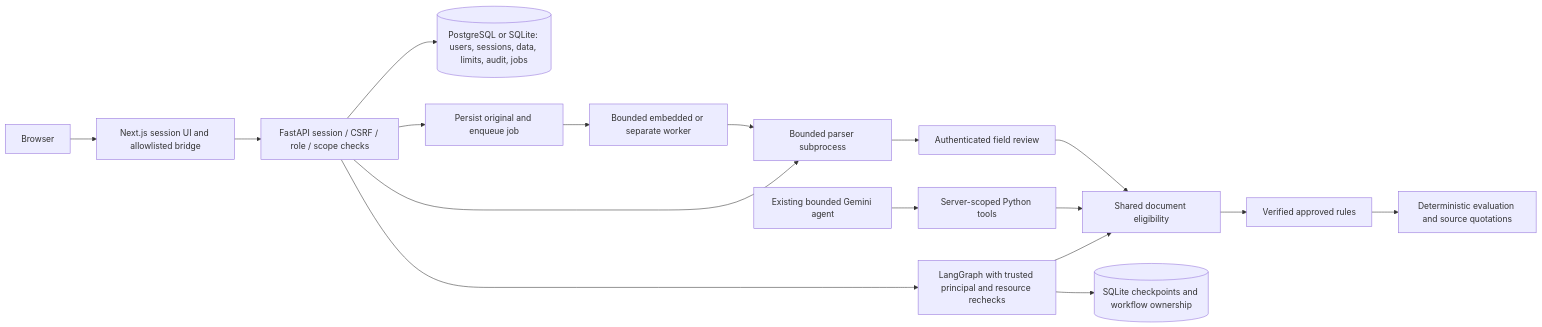
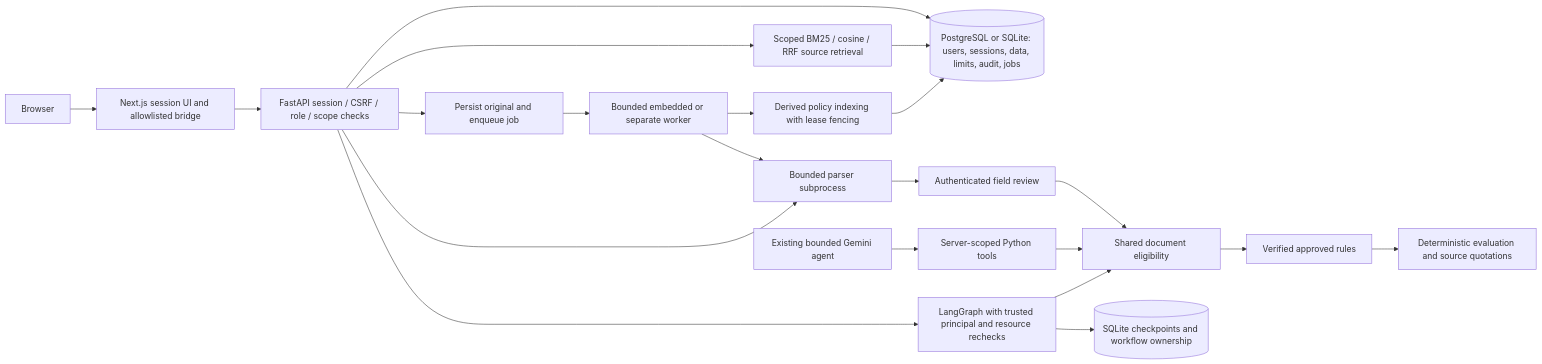
The diagram in docs/ARCHITECTURE.md (Z4iM/enterprise-document-intelligence), drawn with Mermaid before and after one commit. The commit also changed other lines of this file and 47 other files, not shown here.

Commit message:
feat: add authorized bilingual policy retrieval for milestone 4

````diff
--- a/docs/ARCHITECTURE.md
+++ b/docs/ARCHITECTURE.md
@@ -3,19 +10,23 @@
 ```mermaid
 flowchart LR
     Browser --> Next[Next.js session UI and allowlisted bridge]
     Next --> Auth[FastAPI session / CSRF / role / scope checks]
     Auth --> DB[(PostgreSQL or SQLite: users, sessions, data, limits, audit, jobs)]
     Auth --> Queue[Persist original and enqueue job]
+    Auth --> Search[Scoped BM25 / cosine / RRF source retrieval]
+    Search --> DB
     Queue --> Worker[Bounded embedded or separate worker]
+    Worker --> Index[Derived policy indexing with lease fencing]
+    Index --> DB
     Worker --> Parser
     Auth --> Parser[Bounded parser subprocess]
     Parser --> Review[Authenticated field review]
     Review --> Gate[Shared document eligibility]
     Gate --> Rules[Verified approved rules]
     Rules --> Eval[Deterministic evaluation and source quotations]
     Agent[Existing bounded Gemini agent] --> Tools[Server-scoped Python tools]
     Tools --> Gate
     Auth --> Graph[LangGraph with trusted principal and resource rechecks]
     Graph --> Checkpoints[(SQLite checkpoints and workflow ownership)]
     Graph --> Gate
 ```
````
